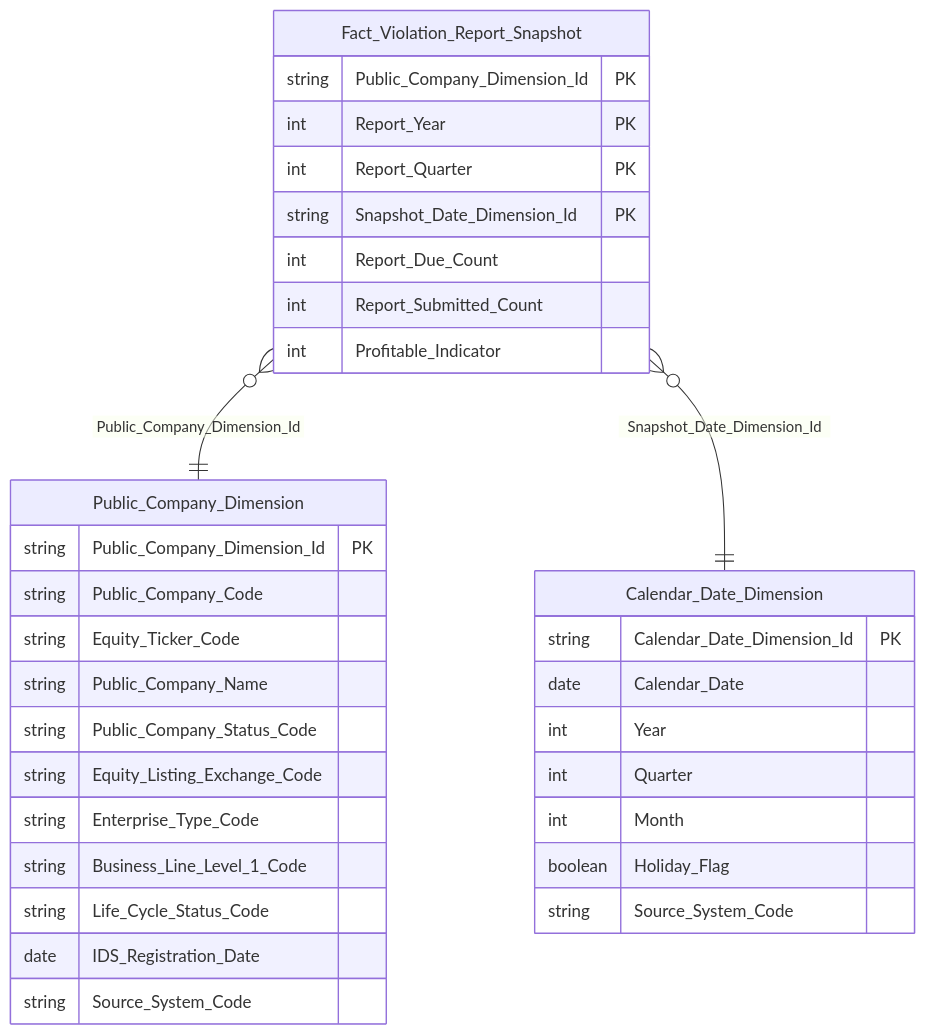
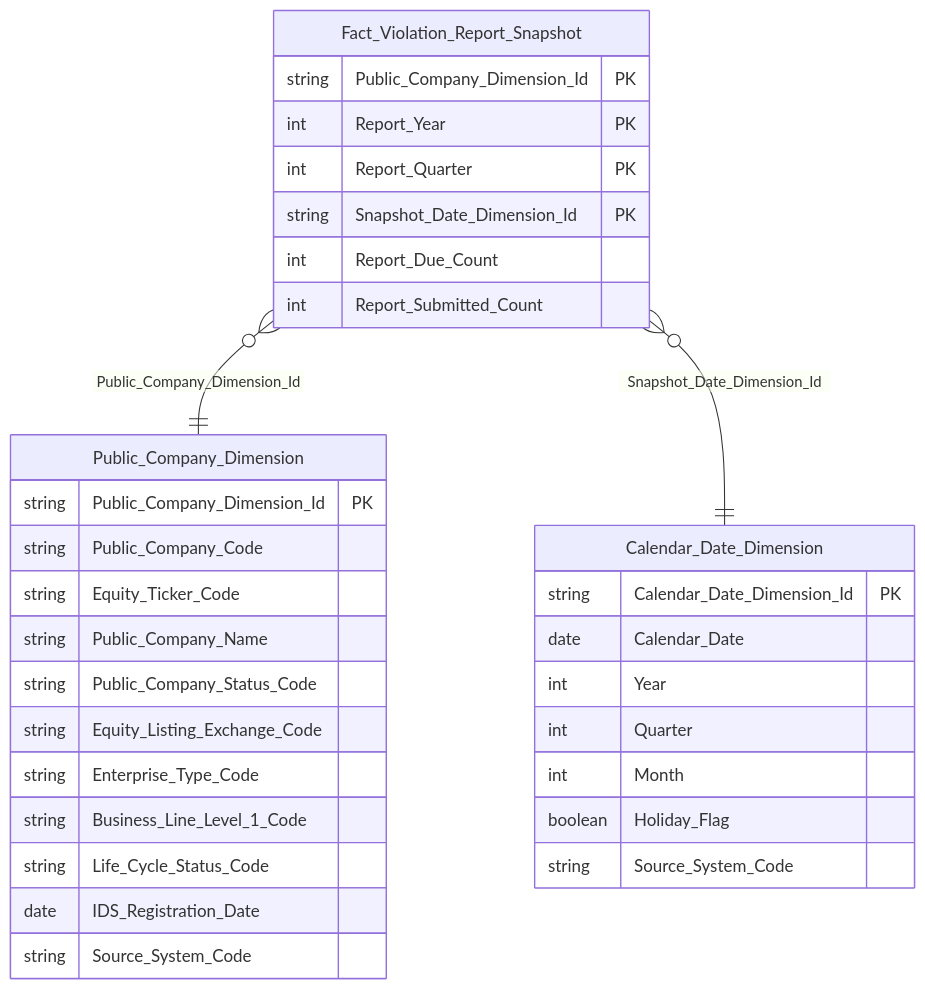
Diagram 23 of 55 in Datamart/hld/DTM_GSDC_HLD.md (linhlvit/ubck_atomic_design), drawn with Mermaid before and after one commit. The commit also changed other lines of this file and 16 other files, not shown here.

````diff
--- a/Datamart/hld/DTM_GSDC_HLD.md
+++ b/Datamart/hld/DTM_GSDC_HLD.md
@@ -993,39 +989,38 @@
 ```mermaid
 erDiagram
     Public_Company_Dimension {
         string Public_Company_Dimension_Id PK
         string Public_Company_Code
         string Equity_Ticker_Code
         string Public_Company_Name
         string Public_Company_Status_Code
         string Equity_Listing_Exchange_Code
         string Enterprise_Type_Code
         string Business_Line_Level_1_Code
         string Life_Cycle_Status_Code
         date IDS_Registration_Date
         string Source_System_Code
     }
 
     Calendar_Date_Dimension {
         string Calendar_Date_Dimension_Id PK
         date Calendar_Date
         int Year
         int Quarter
         int Month
         boolean Holiday_Flag
         string Source_System_Code
     }
 
     Fact_Violation_Report_Snapshot {
         string Public_Company_Dimension_Id PK
         int Report_Year PK
         int Report_Quarter PK
         string Snapshot_Date_Dimension_Id PK
         int Report_Due_Count
         int Report_Submitted_Count
-        int Profitable_Indicator
     }
 
     Fact_Violation_Report_Snapshot }o--|| Public_Company_Dimension : "Public_Company_Dimension_Id"
     Fact_Violation_Report_Snapshot }o--|| Calendar_Date_Dimension : "Snapshot_Date_Dimension_Id"
 ```
````
